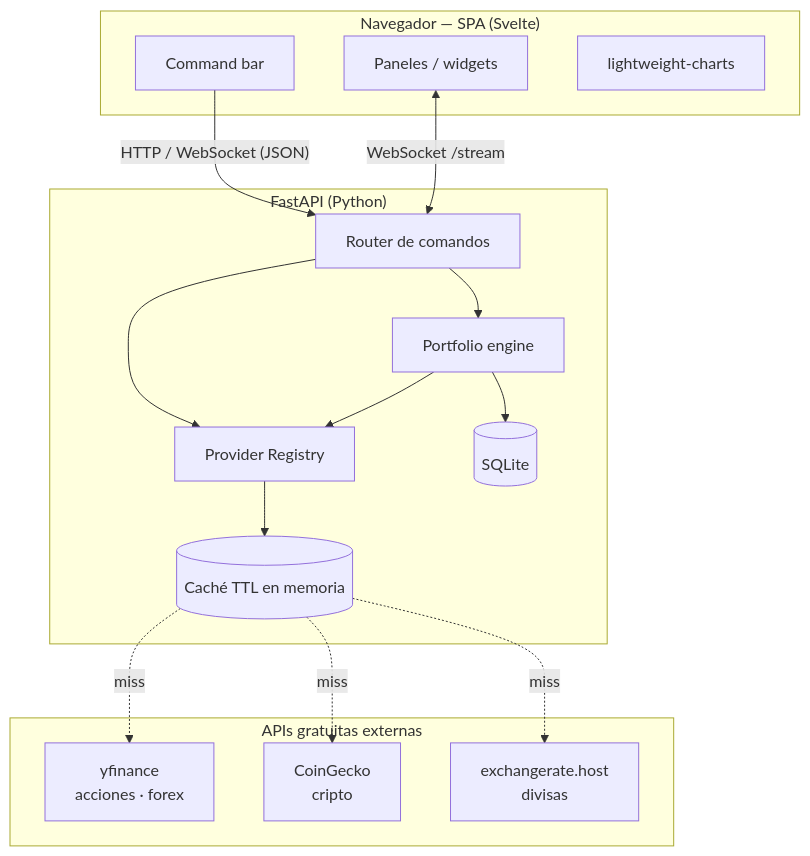
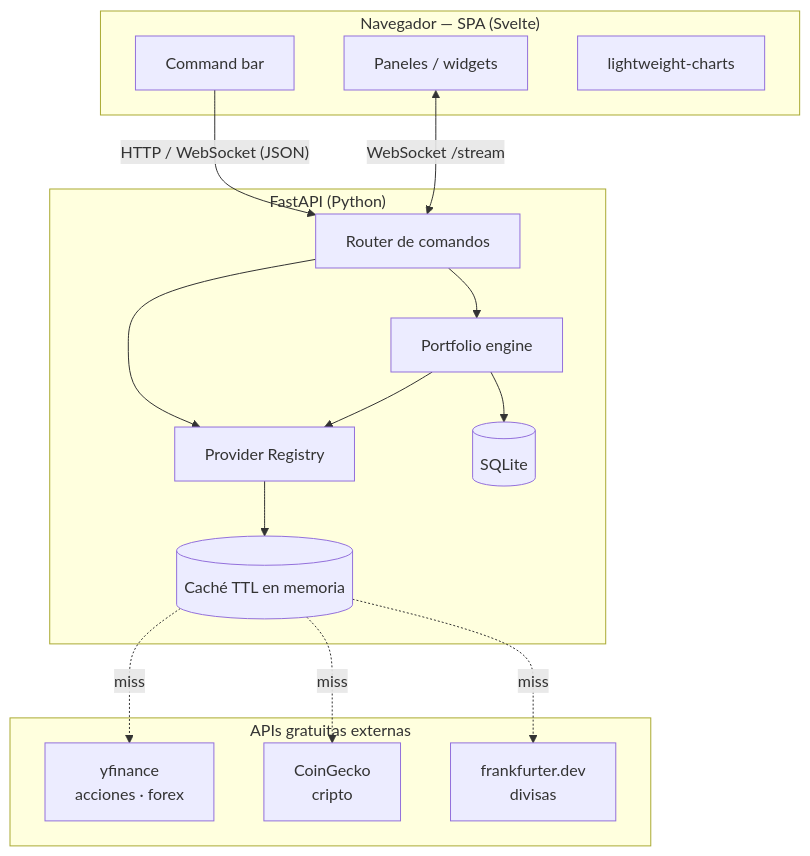
One commit to imjustsergy/STerminal changed the first of 4 diagrams in docs/sys/spec.md. Above: the diagram before and after it, drawn with Mermaid. The commit also changed other lines of this file and 8 other files, not shown here.

````diff
--- a/docs/sys/spec.md
+++ b/docs/sys/spec.md
@@ -91,33 +91,33 @@
 ```mermaid
 flowchart TD
     subgraph Browser["Navegador — SPA (Svelte)"]
         CB[Command bar]
         PANELS[Paneles / widgets]
         CHART[lightweight-charts]
     end
 
     subgraph Backend["FastAPI (Python)"]
         ROUTER[Router de comandos]
         REG[Provider Registry]
         ENGINE[Portfolio engine]
         CACHE[(Caché TTL en memoria)]
         DB[(SQLite)]
     end
 
     subgraph Ext["APIs gratuitas externas"]
         YF[yfinance<br/>acciones · forex]
         CG[CoinGecko<br/>cripto]
-        FX[exchangerate.host<br/>divisas]
+        FX[frankfurter.dev<br/>divisas]
     end
 
     CB -- "HTTP / WebSocket (JSON)" --> ROUTER
     PANELS <-- "WebSocket /stream" --> ROUTER
     ROUTER --> REG
     ROUTER --> ENGINE
     REG --> CACHE
     ENGINE --> DB
     ENGINE --> REG
     CACHE -.miss.-> YF
     CACHE -.miss.-> CG
     CACHE -.miss.-> FX
 ```
````
